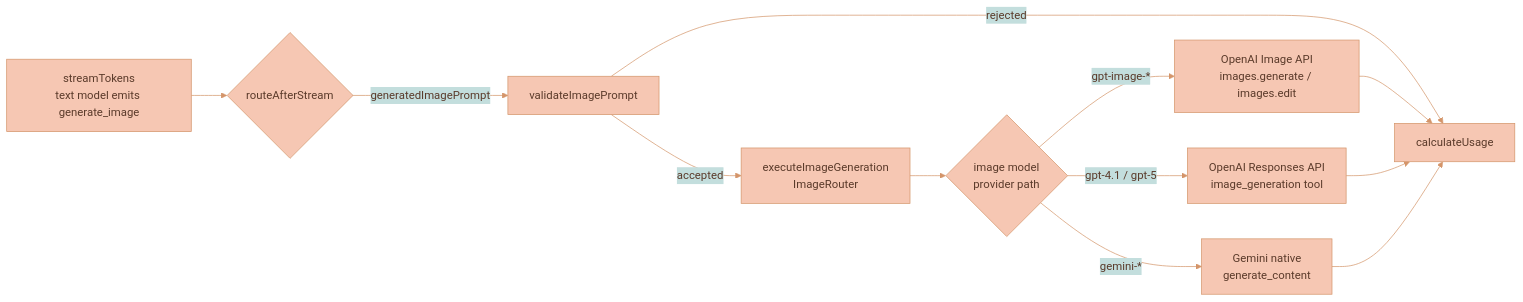
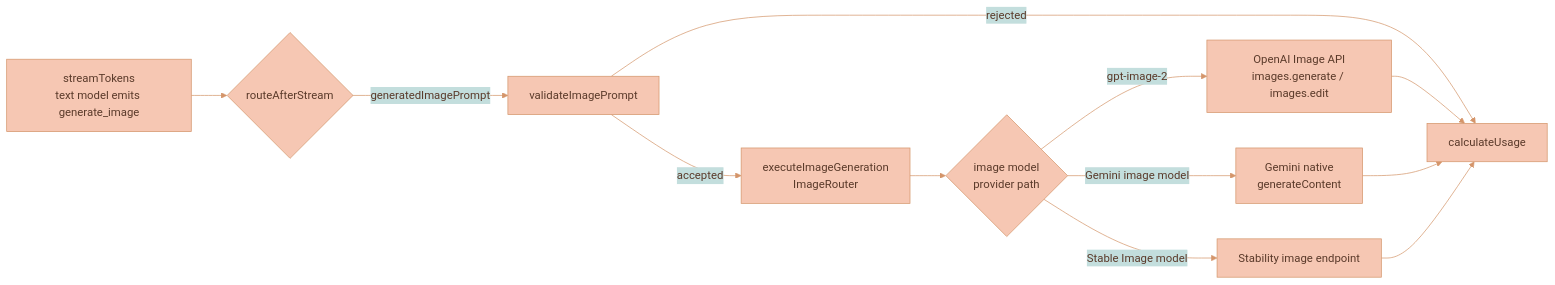
Before and after one commit to Lixpi/lixpi: the diagram in documentation/media-generation/IMAGE-GENERATION.md, drawn with Mermaid. The commit also changed other lines of this file and 196 other files, not shown here.

````diff
--- a/documentation/media-generation/IMAGE-GENERATION.md
+++ b/documentation/media-generation/IMAGE-GENERATION.md
@@ -20,15 +20,15 @@
 ```mermaid
 %%{init: {'theme': 'base', 'themeVariables': { 'primaryColor': '#F6C7B3', 'primaryTextColor': '#5a3a2a', 'primaryBorderColor': '#d4956a', 'secondaryColor': '#C3DEDD', 'secondaryTextColor': '#1a3a47', 'secondaryBorderColor': '#4a8a9d', 'tertiaryColor': '#DCECE9', 'tertiaryTextColor': '#1a3a47', 'tertiaryBorderColor': '#82B2C0', 'lineColor': '#d4956a', 'textColor': '#5a3a2a'}}}%%
 graph LR
     Stream[streamTokens<br/>text model emits generate_image] --> Route{routeAfterStream}
     Route -->|generatedImagePrompt| Validate[validateImagePrompt]
     Validate -->|accepted| Exec[executeImageGeneration<br/>ImageRouter]
     Validate -->|rejected| Usage[calculateUsage]
     Exec --> Router{image model<br/>provider path}
-    Router -->|gpt-image-*| ImgAPI[OpenAI Image API<br/>images.generate / images.edit]
-    Router -->|gpt-4.1 / gpt-5| RespAPI[OpenAI Responses API<br/>image_generation tool]
-    Router -->|gemini-*| Gemini[Gemini native<br/>generate_content]
+    Router -->|gpt-image-2| ImgAPI[OpenAI Image API<br/>images.generate / images.edit]
+    Router -->|Gemini image model| Gemini[Gemini native<br/>generateContent]
+    Router -->|Stable Image model| Stability[Stability image endpoint]
     ImgAPI --> Usage
-    RespAPI --> Usage
     Gemini --> Usage
+    Stability --> Usage
 ```
````
